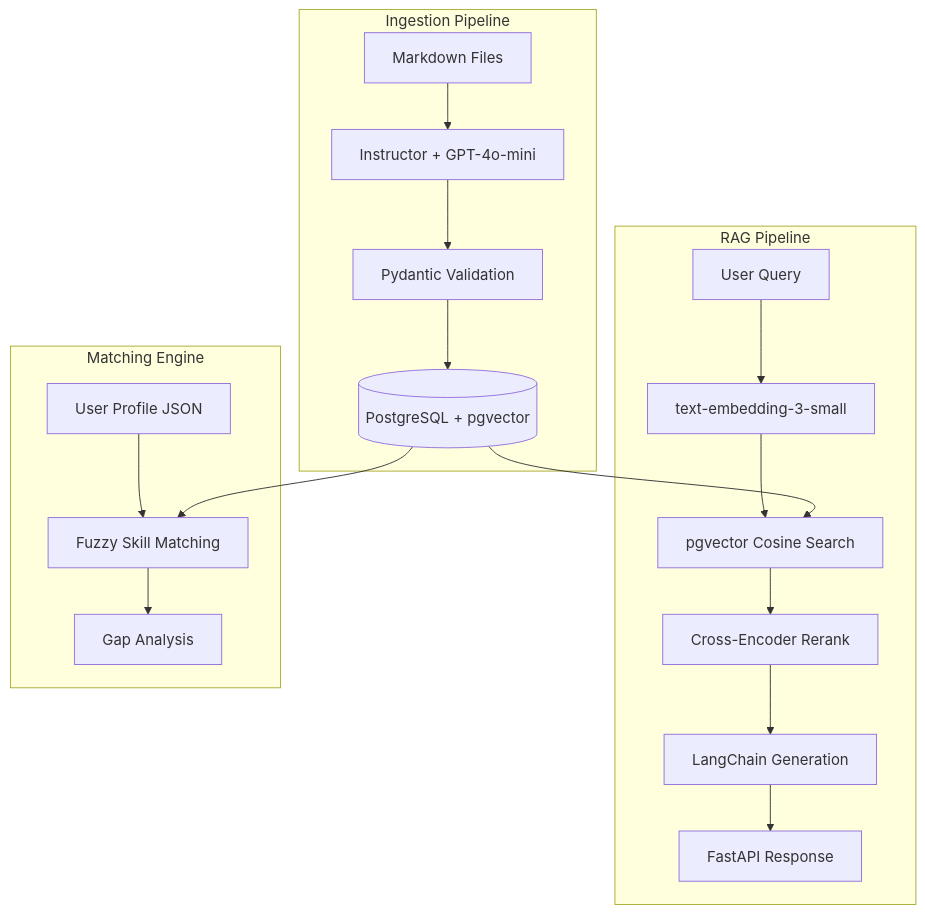
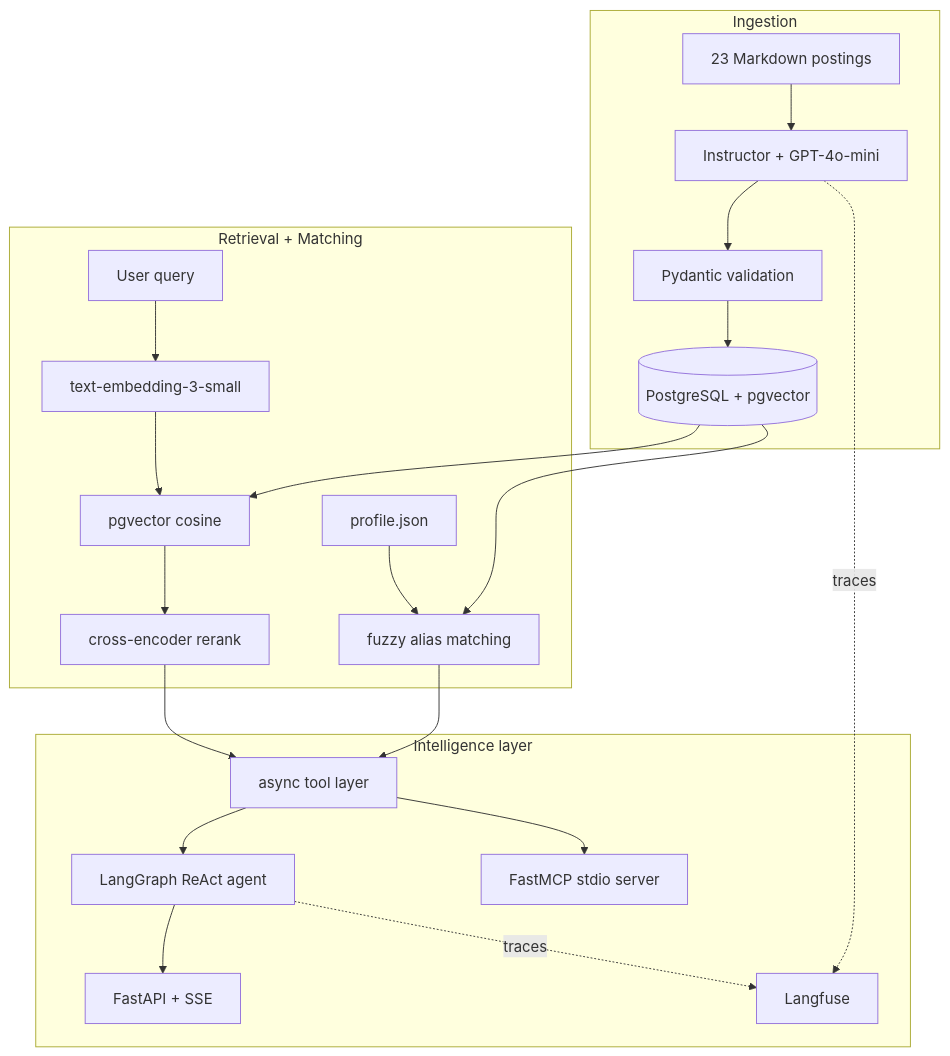
One commit to AdrianZaplata/job-rag changed the diagram in README.md. Above: the diagram before and after it, drawn with Mermaid. The commit also changed other lines of this file, not shown here.

````diff
--- a/README.md
+++ b/README.md
@@ -7,24 +35,28 @@
 ```mermaid
 graph TD
-    subgraph "Ingestion Pipeline"
-        MD[Markdown Files] --> EXT[Instructor + GPT-4o-mini]
-        EXT --> PYD[Pydantic Validation]
+    subgraph "Ingestion"
+        MD[23 Markdown postings] --> EXT[Instructor + GPT-4o-mini]
+        EXT --> PYD[Pydantic validation]
         PYD --> DB[(PostgreSQL + pgvector)]
     end
 
-    subgraph "RAG Pipeline"
-        Q[User Query] --> EMB[text-embedding-3-small]
-        EMB --> VS[pgvector Cosine Search]
-        VS --> RR[Cross-Encoder Rerank]
-        RR --> LC[LangChain Generation]
-        LC --> API[FastAPI Response]
+    subgraph "Retrieval + Matching"
+        Q[User query] --> EMB[text-embedding-3-small]
+        EMB --> VS[pgvector cosine]
+        VS --> RR[cross-encoder rerank]
+        PROF[profile.json] --> MATCH[fuzzy alias matching]
+        DB --> VS
+        DB --> MATCH
     end
 
-    subgraph "Matching Engine"
-        PROF[User Profile JSON] --> MATCH[Fuzzy Skill Matching]
-        DB --> MATCH
-        MATCH --> GAPS[Gap Analysis]
+    subgraph "Intelligence layer"
+        TOOLS[async tool layer]
+        RR --> TOOLS
+        MATCH --> TOOLS
+        TOOLS --> AGENT[LangGraph ReAct agent]
+        TOOLS --> MCP[FastMCP stdio server]
+        AGENT --> API[FastAPI + SSE]
+        AGENT -.->|traces| LF[Langfuse]
+        EXT -.->|traces| LF
     end
-
-    DB --> VS
 ```
````
